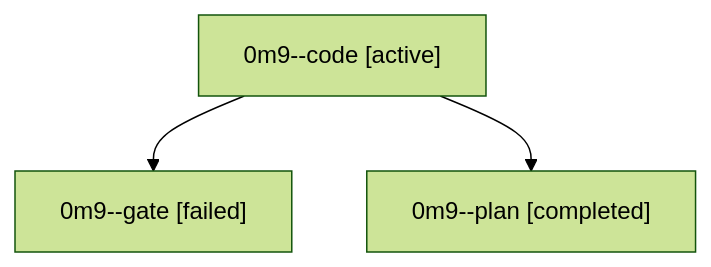
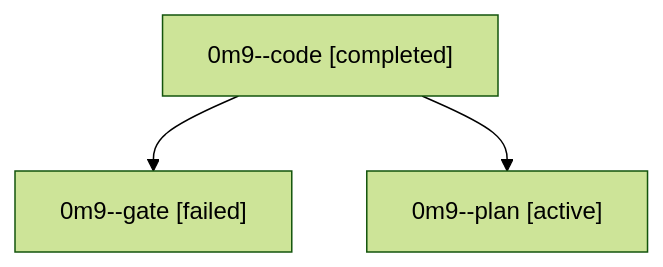
Before and after one commit to bobs-org/bob-cli--agents: the diagram in families/bbugyi200.athena.0m9.md, drawn with Mermaid (forest theme). The commit also changed other lines of this file and 1279 other files, not shown here.

````diff
--- a/families/bbugyi200.athena.0m9.md
+++ b/families/bbugyi200.athena.0m9.md
@@ -9,8 +9,8 @@
 ```mermaid
 flowchart TD
-  n0["0m9--code [active]"]
+  n0["0m9--code [completed]"]
   n1["0m9--gate [failed]"]
   n0 --> n1
-  n2["0m9--plan [completed]"]
+  n2["0m9--plan [active]"]
   n0 --> n2
 ```
````
